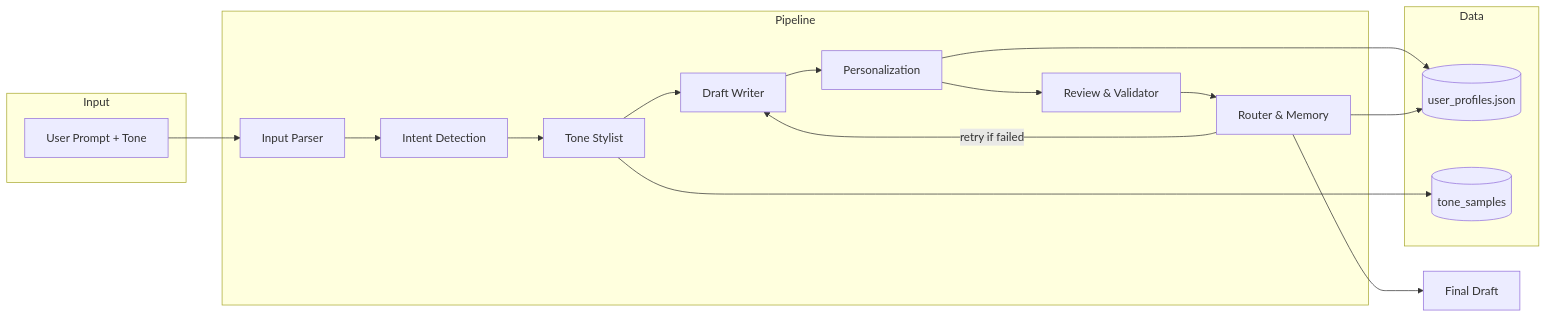
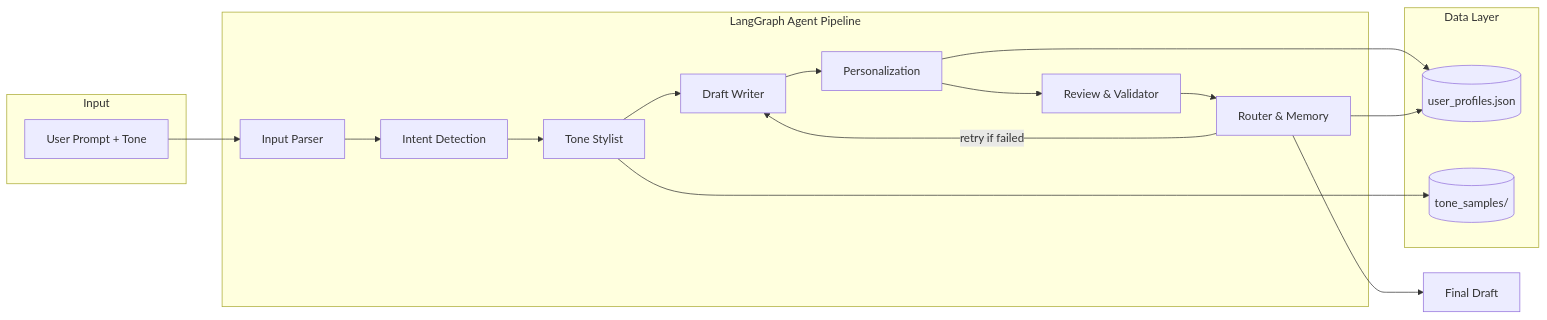
Before and after one commit to Dushyant-Bansal/ik-agentic-ai-capstone1: the diagram in README.md, drawn with Mermaid. The commit also changed other lines of this file, not shown here.

````diff
--- a/README.md
+++ b/README.md
@@ -7,35 +44,35 @@
 ```mermaid
 flowchart LR
     subgraph Input
         User[User Prompt + Tone]
     end
 
-    subgraph Pipeline
+    subgraph Pipeline [LangGraph Agent Pipeline]
         IP[Input Parser]
         ID[Intent Detection]
         TS[Tone Stylist]
         DW[Draft Writer]
         PA[Personalization]
         RV[Review & Validator]
         RM[Router & Memory]
     end
 
-    subgraph Data
+    subgraph Data [Data Layer]
         UP[(user_profiles.json)]
-        Tones[(tone_samples)]
+        Tones[(tone_samples/)]
     end
 
     User --> IP
     IP --> ID
     ID --> TS
     TS --> DW
     DW --> PA
     PA --> RV
     RV --> RM
     RM -->|retry if failed| DW
     RM --> Final[Final Draft]
 
     PA --> UP
     RM --> UP
     TS --> Tones
 ```
````
